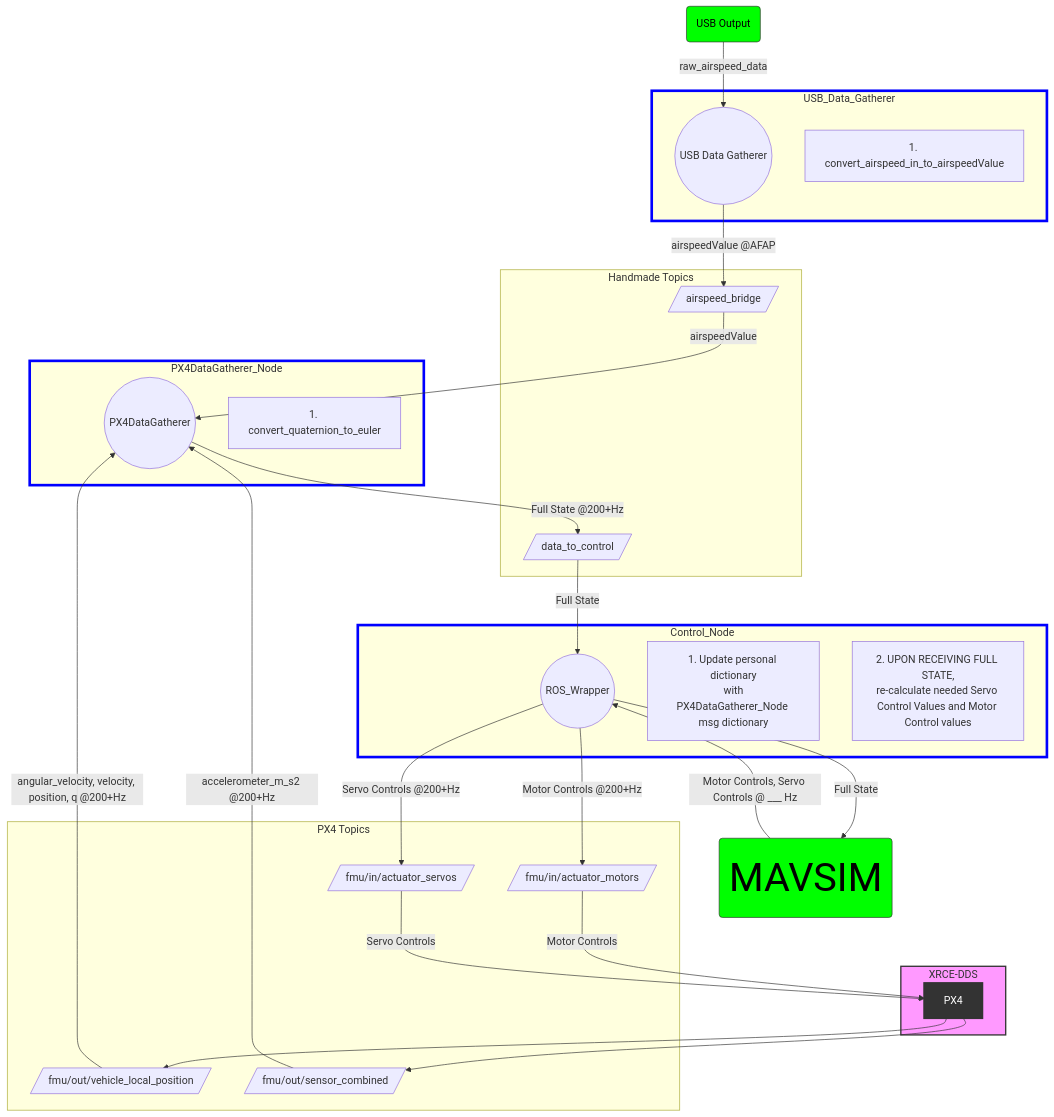
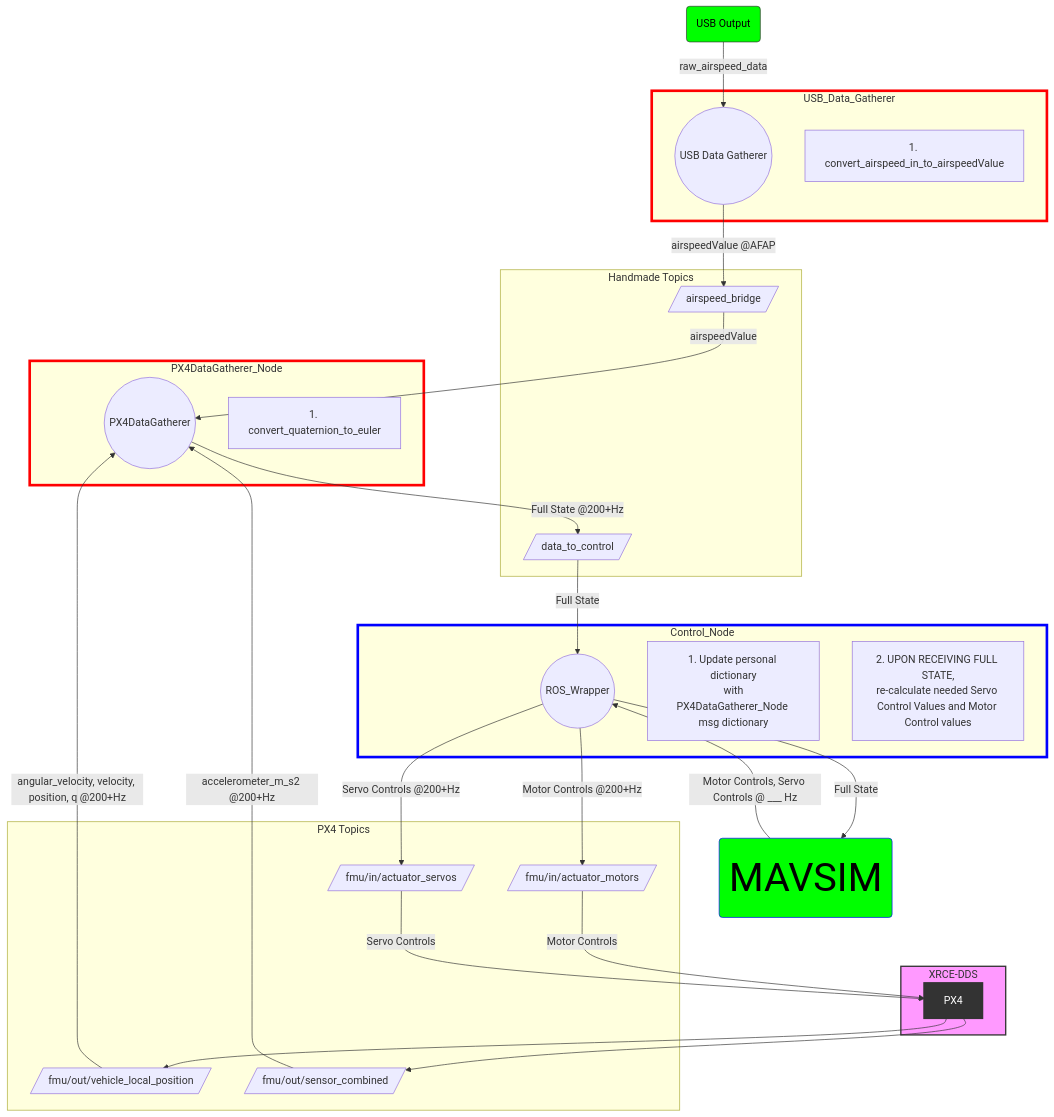
One commit to FredJones4/vtol_ctrl_ros2 changed the second of 2 diagrams in README.md. Above: the diagram before and after it, drawn with Mermaid. The commit also changed other lines of this file, not shown here.

````diff
--- a/README.md
+++ b/README.md
@@ -202,69 +218,69 @@
 ```mermaid
 graph TD
     subgraph PX4DataGatherer_Node
         A((PX4DataGatherer))
         A1[1. convert_quaternion_to_euler]
         
     end
 
     A-->|Full State @200+Hz| G2T
     G2T --> |Full State| H
 
     subgraph PX4 Topics
         D2[/fmu/in/actuator_servos/]
         D1[/fmu/in/actuator_motors/]
         D[/fmu/out/vehicle_local_position/]
         E[/fmu/out/sensor_combined/]
     end
 
     subgraph Handmade Topics
         F[/airspeed_bridge/]
         G2T[/data_to_control/]
     end
 
     H -->|Motor Controls @200+Hz| D1
     H --> |Servo Controls @200+Hz|D2
     D1 -->|Motor Controls|PX4
     D2 -->|Servo Controls|PX4
 
     subgraph USB_Data_Gatherer
         G((USB Data Gatherer))
         A2[1. convert_airspeed_in_to_airspeedValue]
        
     end
 
     USB(USB Output)
     USB -->|raw_airspeed_data| G
 
     subgraph XRCE-DDS
         PX4[PX4]
         PX4 --> D
         PX4 --> E
     end
 
     subgraph Control_Node
         H((ROS_Wrapper))
         H2[1. Update personal dictionary<br> with PX4DataGatherer_Node msg dictionary]
         H1[2. UPON RECEIVING FULL STATE,<br>re-calculate needed Servo Control Values and Motor Control values]
     end
     
     style Control_Node stroke-width:4px,stroke:#0000ff
-    style PX4DataGatherer_Node stroke-width:4px,stroke:#0000ff
-    style USB_Data_Gatherer stroke-width:4px,stroke:#0000ff
+    style PX4DataGatherer_Node stroke-width:4px,stroke:#ff0000
+    style USB_Data_Gatherer stroke-width:4px,stroke:#ff0000
     style XRCE-DDS fill:#f9f,stroke:#333,stroke-width:2px
     style PX4 fill:#333,stroke:#333,stroke-width:2px,color:#fff
 
     style USB fill:#00ff00,stroke:#333,color:#000
 
     D -->|angular_velocity, velocity, position, q @200+Hz| A
     E -->|accelerometer_m_s2 @200+Hz| A
 
     G --> |airspeedValue @AFAP| F
     F -->|airspeedValue| A
 
     MAVSIM(MAVSIM)
-    style MAVSIM font-size:60px,fill:#00ff00,stroke:#333,color:#000
+    style MAVSIM font-size:60px,fill:#00ff00,stroke:#0000ff,color:#000
 
     MAVSIM -->|Motor Controls, Servo Controls @ ___ Hz| H
     H -->|Full State| MAVSIM
 ```
````
